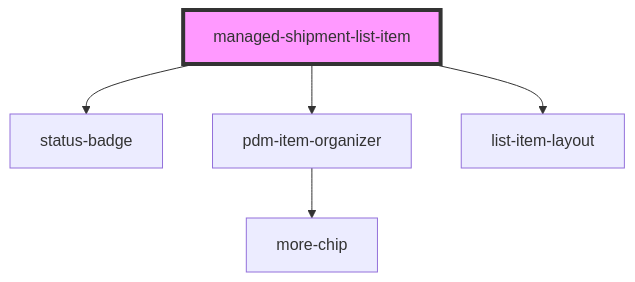
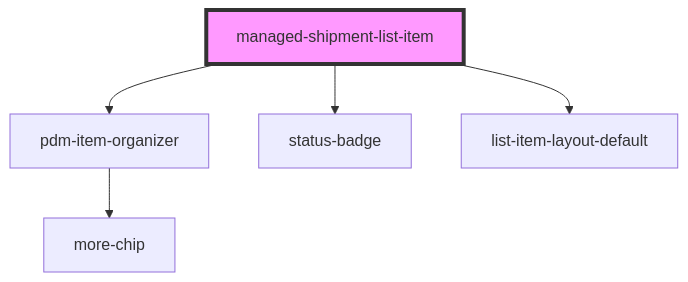
The diagram in pdm-web-components/src/components/managed-shipment-list-item/readme.md (PharmaLedger-IMI/fgt-workspace), drawn with Mermaid before and after one commit. The commit also changed other lines of this file and 3 other files, not shown here.

Commit message:
refs #51 managed shipment list item now implements new layout

````diff
--- a/pdm-web-components/src/components/managed-shipment-list-item/readme.md
+++ b/pdm-web-components/src/components/managed-shipment-list-item/readme.md
@@ -47,8 +48,8 @@
 ```mermaid
 graph TD;
+  managed-shipment-list-item --> pdm-item-organizer
   managed-shipment-list-item --> status-badge
-  managed-shipment-list-item --> pdm-item-organizer
-  managed-shipment-list-item --> list-item-layout
+  managed-shipment-list-item --> list-item-layout-default
   pdm-item-organizer --> more-chip
   style managed-shipment-list-item fill:#f9f,stroke:#333,stroke-width:4px
 ```
````
